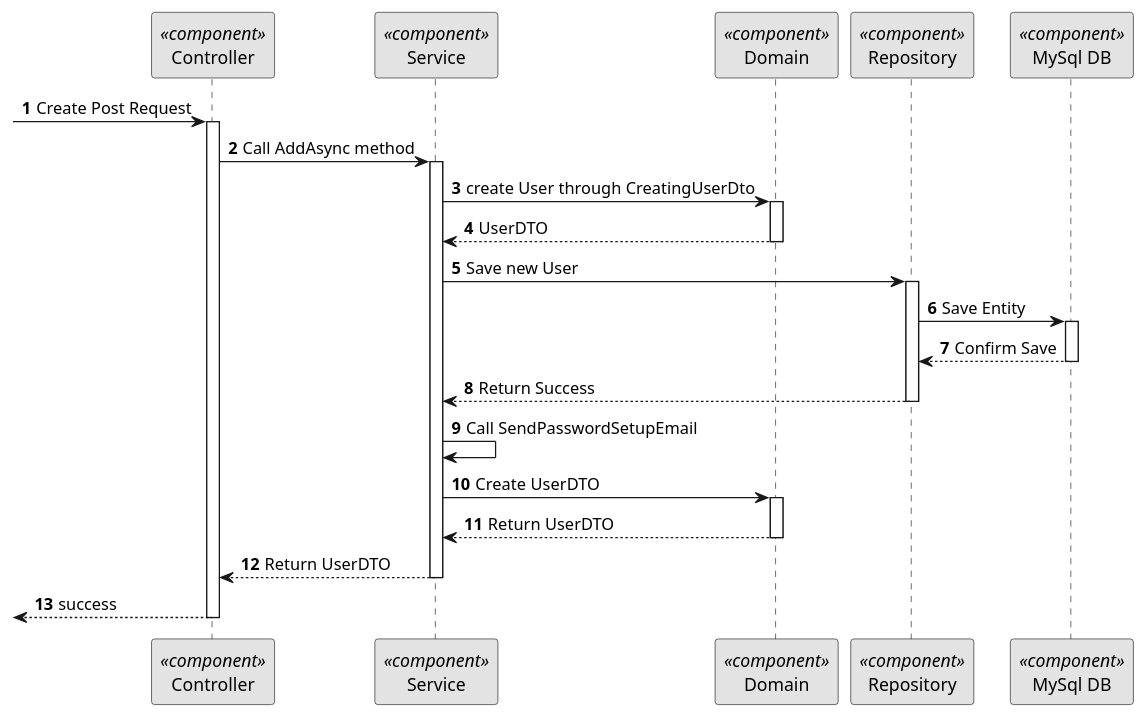
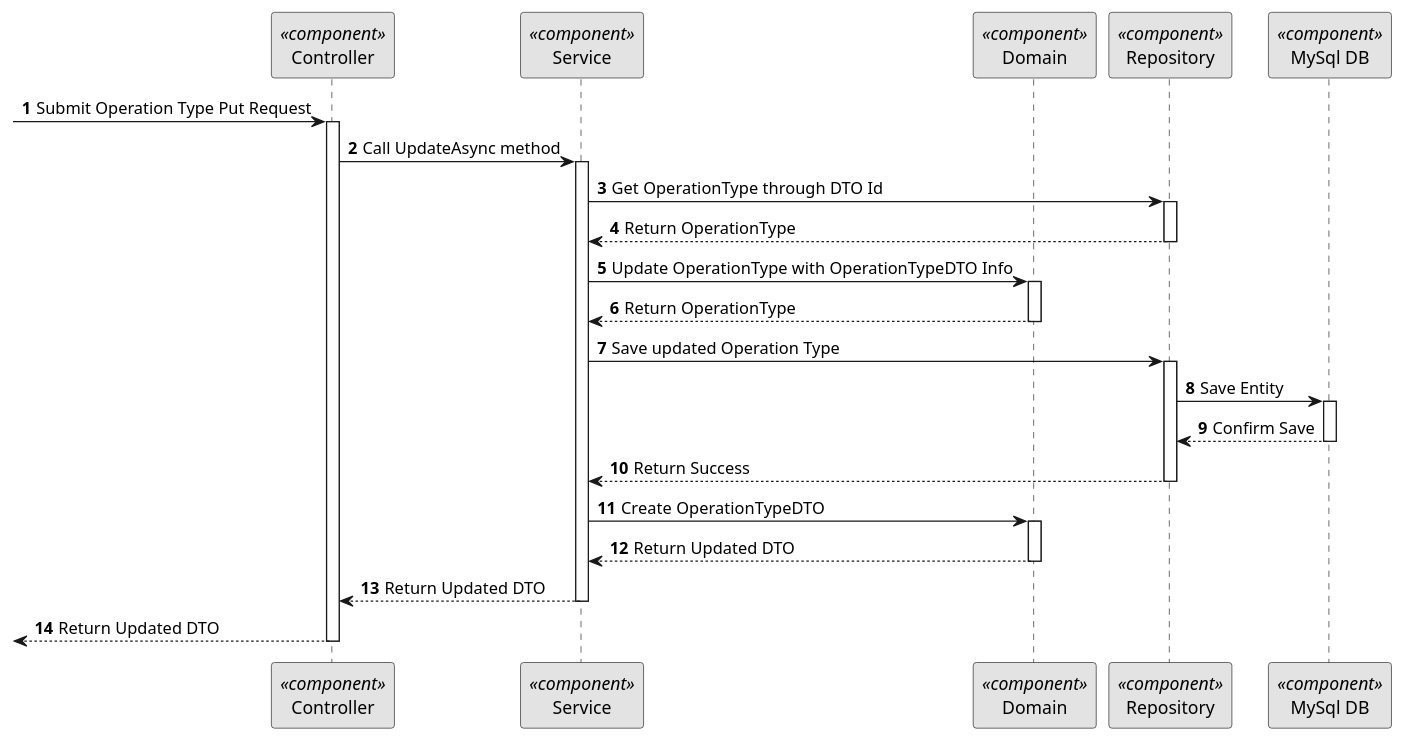
One commit to Ana-Miguel-Silva/SurgicalAppointmentAndResourceManagement changed the diagram in docs/BackofficeModule/6.2.19/sequence-diagram-3.puml. Above: the diagram before and after it, drawn with PlantUML. The commit also changed 27 other files, not shown here.

```diff
--- a/docs/BackofficeModule/6.2.19/sequence-diagram-3.puml
+++ b/docs/BackofficeModule/6.2.19/sequence-diagram-3.puml
@@ -1,58 +1,58 @@
-@startuml 5.1.1
+@startuml 5.1.21
 skinparam monochrome true
 skinparam packageStyle rectangle
 skinparam shadowing false
 
 autonumber
 
 participant "Controller" as CTRL <<component>>
 participant "Service" as SERV <<component>>
 participant "Domain" as DOM <<component>>
 participant "Repository" as REPO <<component>>
 participant "MySql DB" as BDD <<component>>
 
 
+-> CTRL: Submit Operation Type Put Request
+activate CTRL
 
- -> CTRL : Create Post Request
-activate CTRL
-CTRL -> SERV: Call AddAsync method
+CTRL -> SERV: Call UpdateAsync method
+activate SERV
 
-activate SERV
-SERV -> DOM: create User through CreatingUserDto
+SERV -> REPO: Get OperationType through DTO Id
+activate REPO
 
+REPO --> SERV: Return OperationType
+deactivate REPO
+
+SERV -> DOM: Update OperationType with OperationTypeDTO Info
 activate DOM
-DOM --> SERV : UserDTO
+
+DOM --> SERV: Return OperationType
 deactivate DOM
 
-SERV -> REPO : Save new User
+SERV -> REPO : Save updated Operation Type
 activate REPO
 
 REPO -> BDD : Save Entity
 activate BDD
 
 BDD --> REPO : Confirm Save
 deactivate BDD
 
 REPO --> SERV : Return Success
 deactivate REPO
 
-SERV -> SERV : Call SendPasswordSetupEmail
-
-SERV -> DOM : Create UserDTO
+SERV -> DOM : Create OperationTypeDTO
 activate DOM
 
-DOM --> SERV : Return UserDTO
+DOM --> SERV : Return Updated DTO
 deactivate DOM
-SERV --> CTRL : Return UserDTO
 
+SERV --> CTRL : Return Updated DTO
+deactivate SERV
 
-deactivate SERV
-<-- CTRL : success
-
+<-- CTRL  : Return Updated DTO
 deactivate CTRL
 
 
-
-
-
 @enduml
```
